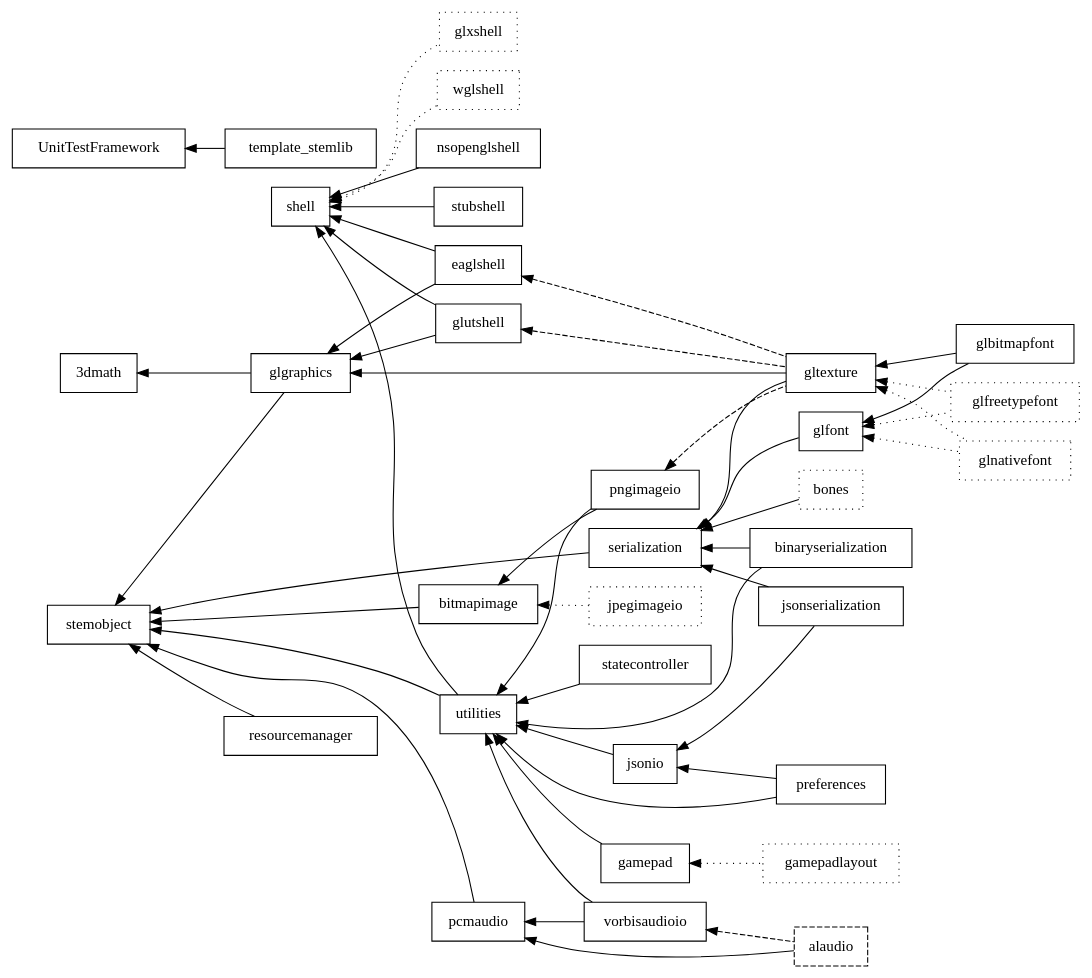
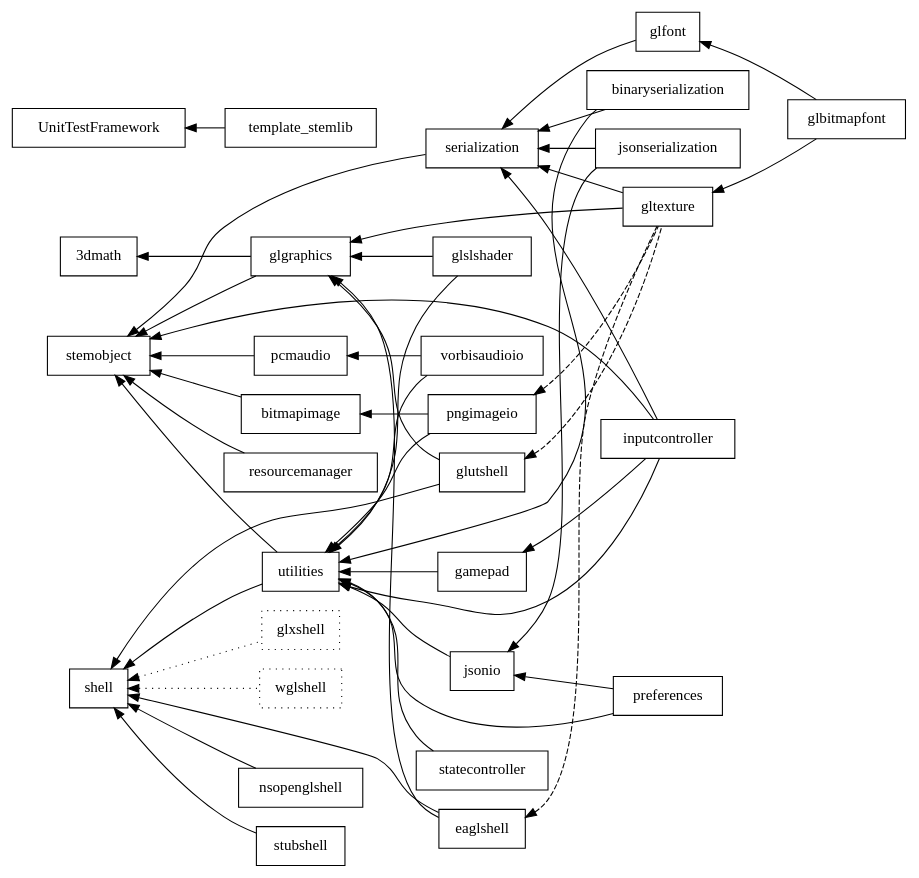
One commit to NearlyTRex/Stem changed the diagram in meta/stem.dot. Above: the diagram before and after it, drawn with Graphviz.

Commit message:
Added inputcontroller, glslshader Removed alaudio, glnativefont, glfreetypefont, jpegimageio, bones, gamepadlayout

```diff
--- a/meta/stem.dot
+++ b/meta/stem.dot
@@ -1,70 +1,53 @@
 digraph stem {
 	graph [rankdir=LR];
 	node [shape=box];
 	edge [dir=back];
 	
-	alaudio;
 	"3dmath" -> glgraphics;
 	preferences;
-	serialization -> {glfont; gltexture; jsonserialization}
-	serialization -> {binaryserialization; bones};
+	serialization -> {binaryserialization; glfont; gltexture; inputcontroller; jsonserialization}
 	shell -> {eaglshell; glutshell; nsopenglshell; stubshell; utilities};
 	shell -> {glxshell; wglshell} [style=dotted];
-	stemobject -> {bitmapimage; glgraphics; pcmaudio; resourcemanager; serialization; utilities};
+	stemobject -> {bitmapimage; glgraphics; inputcontroller; pcmaudio; resourcemanager; serialization; utilities};
 	UnitTestFramework -> template_stemlib;
 	
 	bitmapimage -> pngimageio;
-	bitmapimage -> jpegimageio [style=dotted];
 	eaglshell -> gltexture [style=dashed];
-	glgraphics -> {eaglshell; gltexture; glutshell};
+	glgraphics -> {eaglshell; gltexture; glutshell; glslshader};
 	glutshell -> gltexture [style=dashed];
-	pcmaudio -> {alaudio; vorbisaudioio};
+	pcmaudio -> {vorbisaudioio};
 	pngimageio -> gltexture [style=dashed];
-	utilities -> {gamepad; jsonio; pngimageio; preferences; statecontroller; binaryserialization};
-	utilities -> vorbisaudioio;
+	utilities -> {gamepad; jsonio; pngimageio; preferences; statecontroller; binaryserialization; glslshader; vorbisaudioio; inputcontroller};
 	
-	gamepad -> gamepadlayout [style=dotted];
+	gamepad -> inputcontroller;
 	gltexture -> glbitmapfont;
-	gltexture -> {glfreetypefont, glnativefont} [style=dotted];
 	glfont -> glbitmapfont;
-	glfont -> {glfreetypefont, glnativefont} [style=dotted];
 	jsonio -> {jsonserialization; preferences};
-	vorbisaudioio -> alaudio [style=dashed];
 	
 	shell [group="shells"];
 	eaglshell [group="shells"];
 	glutshell [group="shells"];
 	glxshell [group="shells"];
 	nsopenglshell [group="shells"];
 	stubshell [group="shells"];
 	wglshell [group="shells"];
 	
 	serialization [group="serialization"];
 	binaryserialization [group="serialization"];
 	jsonserialization [group="serialization"];
 	
 	glgraphics [group="opengl"];
 	gltexture [group="opengl"];
 	glfont [group="opengl"];
 	glbitmapfont [group="opengl"];
-	glfreetypefont [group="opengl"];
-	glnativefont [group="opengl"];
+	glslshader [group="opengl"];
 	
 	bitmapimage [group="image"];
-	jpegimageio [group="image"];
 	pngimageio [group="image"];
 	
-	alaudio [group="audio"];
 	pcmaudio [group="audio"];
 	vorbisaudioio [group="audio"];
 	
-	bones [style=dotted];
-	gamepadlayout [style=dotted];
-	glfreetypefont [style=dotted];
-	glnativefont [style=dotted];
 	glxshell [style=dotted];
-	jpegimageio [style=dotted];
 	wglshell [style=dotted];
-	
-	alaudio [style=dashed];
 }
```
